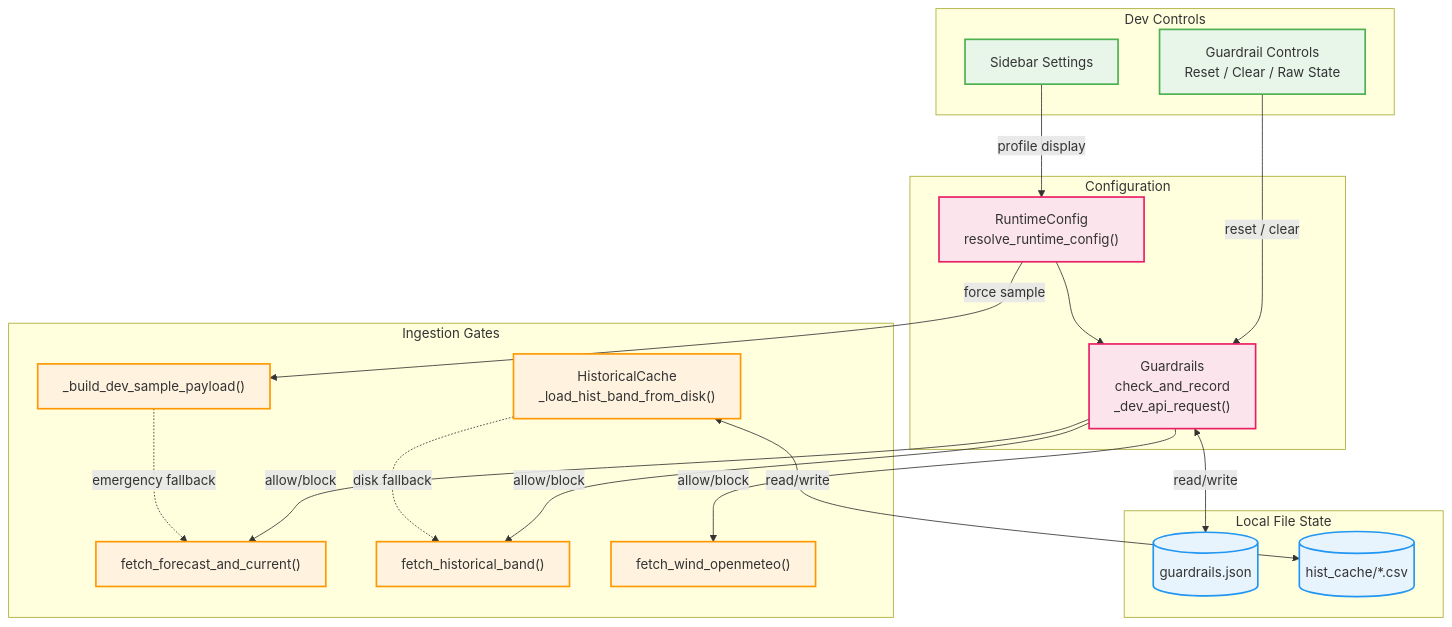
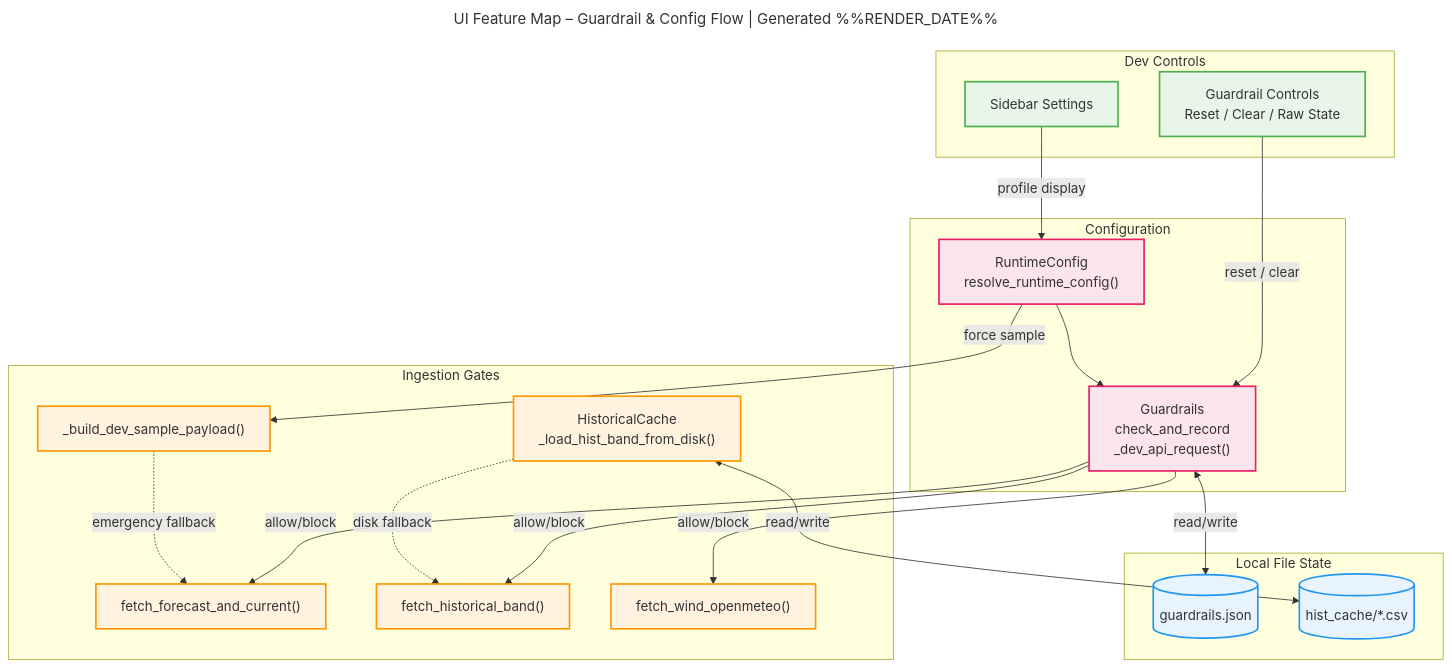
One commit to RobinWikoff/the-farm-monitor changed the sixth of 7 diagrams in docs/c4/c4-ui-feature-map.md. Above: the diagram before and after it, drawn with Mermaid. The commit also changed other lines of this file and 27 other files, not shown here.

First line of the commit message:
Add diagram title + generation date header to all C4 diagrams

````diff
--- a/docs/c4/c4-ui-feature-map.md
+++ b/docs/c4/c4-ui-feature-map.md
@@ -227,50 +242,53 @@
 ```mermaid
+---
+title: UI Feature Map – Guardrail & Config Flow | Generated %%RENDER_DATE%%
+---
 flowchart TD
     subgraph UI["Dev Controls"]
         sidebar["Sidebar Settings"]
         guardrail_controls["Guardrail Controls\nReset / Clear / Raw State"]
     end
 
     subgraph CFG["Configuration"]
         runtime["RuntimeConfig\nresolve_runtime_config()"]
         guardrails["Guardrails\ncheck_and_record\n_dev_api_request()"]
     end
 
     subgraph ING["Ingestion Gates"]
         vc_fetch["fetch_forecast_and_current()"]
         hist_fetch["fetch_historical_band()"]
         wind_fetch["fetch_wind_openmeteo()"]
         sample["_build_dev_sample_payload()"]
         hist_cache["HistoricalCache\n_load_hist_band_from_disk()"]
     end
 
     subgraph FS["Local File State"]
         guard_json[("guardrails.json")]
         hist_csv[("hist_cache/*.csv")]
     end
 
     sidebar -->|"profile display"| runtime
     guardrail_controls -->|"reset / clear"| guardrails
 
     runtime --> guardrails
     guardrails -->|"allow/block"| vc_fetch
     guardrails -->|"allow/block"| hist_fetch
     guardrails -->|"allow/block"| wind_fetch
     runtime -->|"force sample"| sample
 
     guardrails <-->|"read/write"| guard_json
     hist_cache <-->|"read/write"| hist_csv
 
     sample -.->|"emergency fallback"| vc_fetch
     hist_cache -.->|"disk fallback"| hist_fetch
 
     classDef ui fill:#e8f5e9,stroke:#4CAF50,stroke-width:2px
     classDef config fill:#fce4ec,stroke:#E91E63,stroke-width:2px
     classDef ingestion fill:#fff3e0,stroke:#FF9800,stroke-width:2px
     classDef storage fill:#e8f4fd,stroke:#2196F3,stroke-width:2px
 
     class sidebar,guardrail_controls ui
     class runtime,guardrails config
     class vc_fetch,hist_fetch,wind_fetch,sample,hist_cache ingestion
     class guard_json,hist_csv storage
 ```
````
